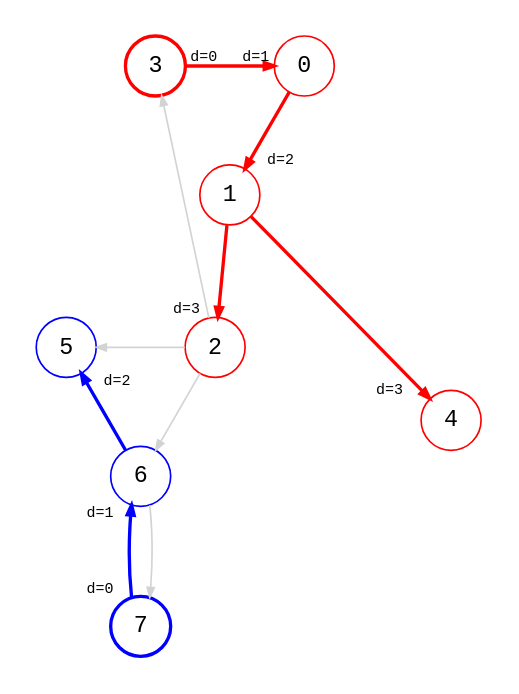
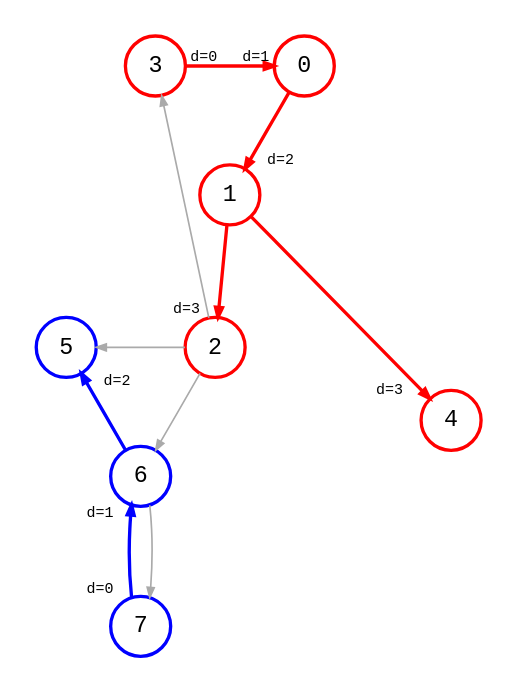
The diagram in src/bfs_dist_multi_source_1.dot (bsdrks/graaf-images), drawn with Graphviz before and after one commit. The commit also changed 21 other files, not shown here.

Commit message:
unify diagram style

```diff
--- a/src/bfs_dist_multi_source_1.dot
+++ b/src/bfs_dist_multi_source_1.dot
@@ -1,25 +1,25 @@
 digraph {
     node [shape=circle, fontname="monospace"];
     edge [arrowsize=0.6, fontname="monospace", fontsize=9];
     layout=circo;
     scale=1.0;
     normalize=true;
     pad=0.2;
     splines=line;
 
     3 [style="bold"; color=red];
-    0, 1, 2, 4 [color=red];
+    0, 1, 2, 4 [style=bold, color=red];
     7 [style=bold; color=blue];
-    6, 5 [color=blue];
+    6, 5 [style=bold, color=blue];
 
     3 -> 0 [style=bold; color=red; headlabel="d=1 ", taillabel="d=0 "];
     0 -> 1 [style=bold; color=red; headlabel="   d=2"];
     1 -> 2 [style=bold; color=red; headlabel="d=3  "];
     1 -> 4 [style=bold; color=red; headlabel="d=3   "];
-    2 -> 3 [color=lightgray];
-    2 -> 5 [color=lightgray];
-    2 -> 6 [color=lightgray];
+    2 -> 3 [color="#aaaaaa"];
+    2 -> 5 [color="#aaaaaa"];
+    2 -> 6 [color="#aaaaaa"];
     6 -> 5 [style=bold; color=blue; headlabel="   d=2"];
-    6 -> 7 [color=lightgray];
+    6 -> 7 [color="#aaaaaa"];
     7 -> 6 [style=bold; color=blue; headlabel="d=1  ", taillabel="d=0  "];
 }
```
